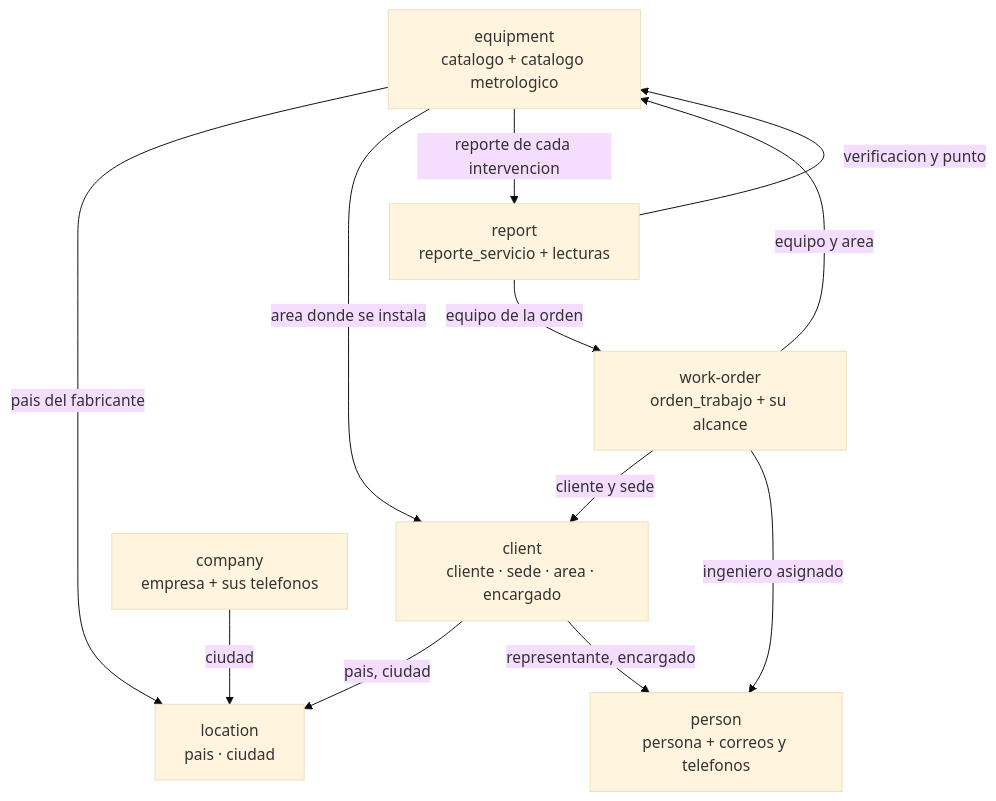
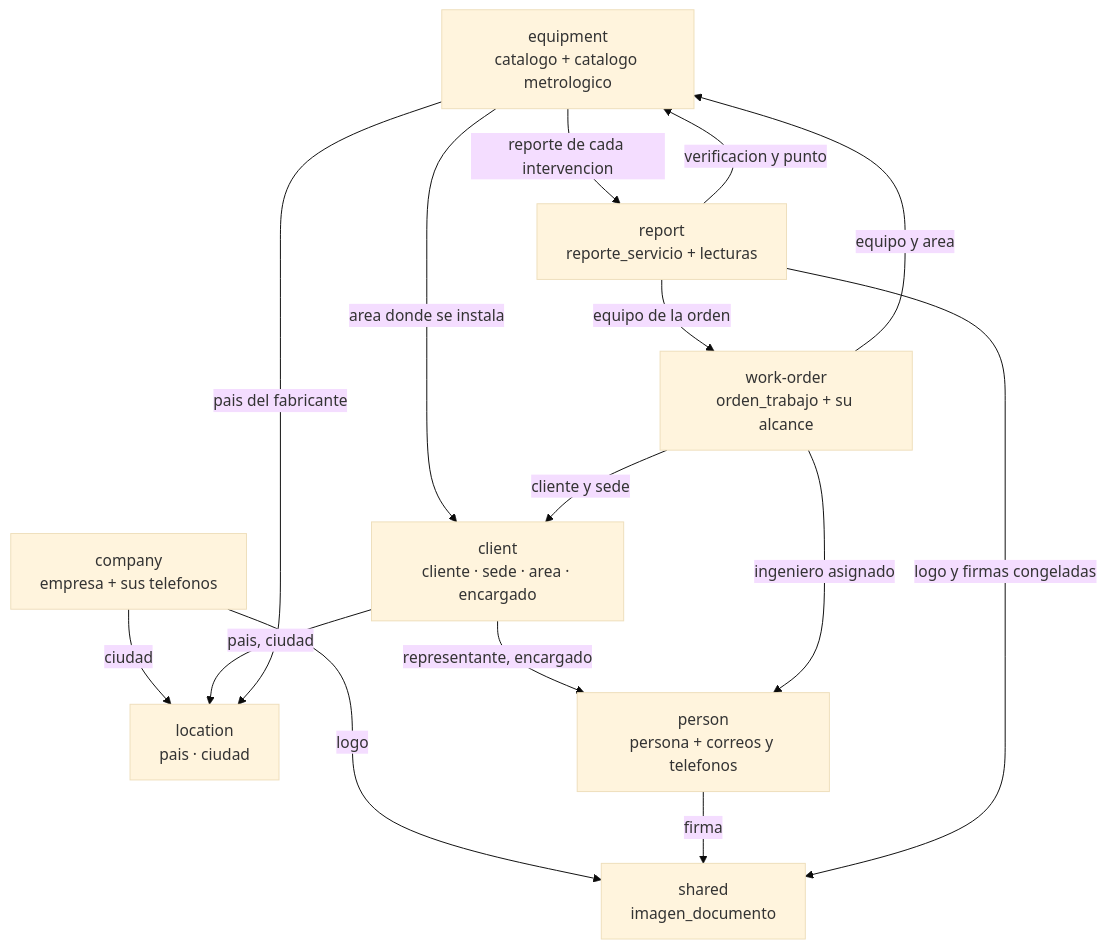
Before and after one commit to SeanBol222/MalphasOs: the first of 12 diagrams in SecondBrain/wiki/base-de-datos/esquema-bd-malphasos.md, drawn with Mermaid (base theme). The commit also changed other lines of this file and 6 other files, not shown here.

First line of the commit message:
docs: V45, and the signature and image tables the schema note never drew

````diff
--- a/SecondBrain/wiki/base-de-datos/esquema-bd-malphasos.md
+++ b/SecondBrain/wiki/base-de-datos/esquema-bd-malphasos.md
@@ -245,23 +251,27 @@
 ```mermaid
 graph TD
     location["location<br/>pais · ciudad"]
     person["person<br/>persona + correos y telefonos"]
     client["client<br/>cliente · sede · area · encargado"]
     equipment["equipment<br/>catalogo + catalogo metrologico"]
     workorder["work-order<br/>orden_trabajo + su alcance"]
     report["report<br/>reporte_servicio + lecturas"]
     company["company<br/>empresa + sus telefonos"]
+    shared["shared<br/>imagen_documento"]
 
     company -->|ciudad| location
+    company -->|logo| shared
+    person -->|firma| shared
+    report -->|logo y firmas congeladas| shared
 
     client -->|pais, ciudad| location
     client -->|representante, encargado| person
     equipment -->|pais del fabricante| location
     equipment -->|area donde se instala| client
     equipment -->|reporte de cada intervencion| report
     workorder -->|cliente y sede| client
     workorder -->|ingeniero asignado| person
     workorder -->|equipo y area| equipment
     report -->|equipo de la orden| workorder
     report -->|verificacion y punto| equipment
 ```
````
